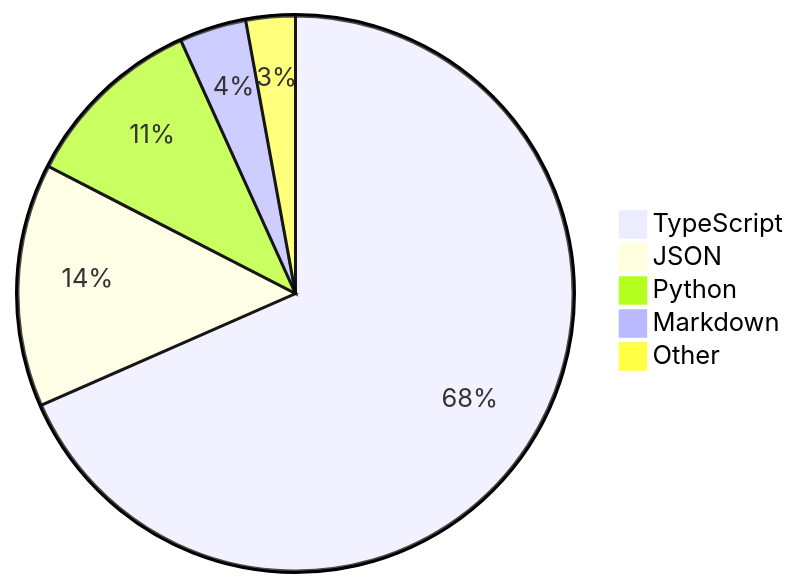
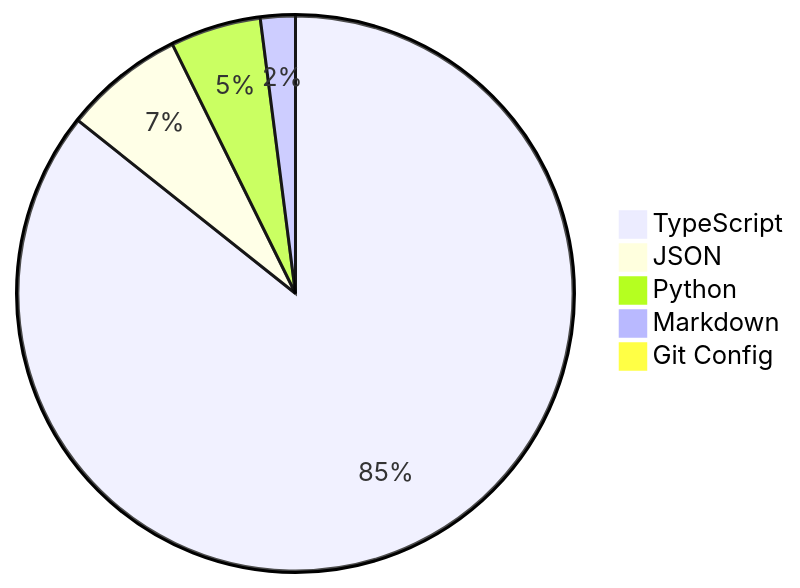
One commit to skvggor/skvggor changed the diagram in README.md. Above: the diagram before and after it, drawn with Mermaid.

Commit message:
Updated waka-readme graph with new metrics

````diff
--- a/README.md
+++ b/README.md
@@ -39,8 +39,8 @@
 ```mermaid
 pie
-    "TypeScript" : 66.7
-    "JSON" : 13.8
-    "Python" : 10.4
-    "Markdown" : 3.8
-    "Other" : 2.8
+    "TypeScript" : 84.5
+    "JSON" : 6.9
+    "Python" : 5.2
+    "Markdown" : 2.0
+    "Git Config" : 0.8
 ```
````
